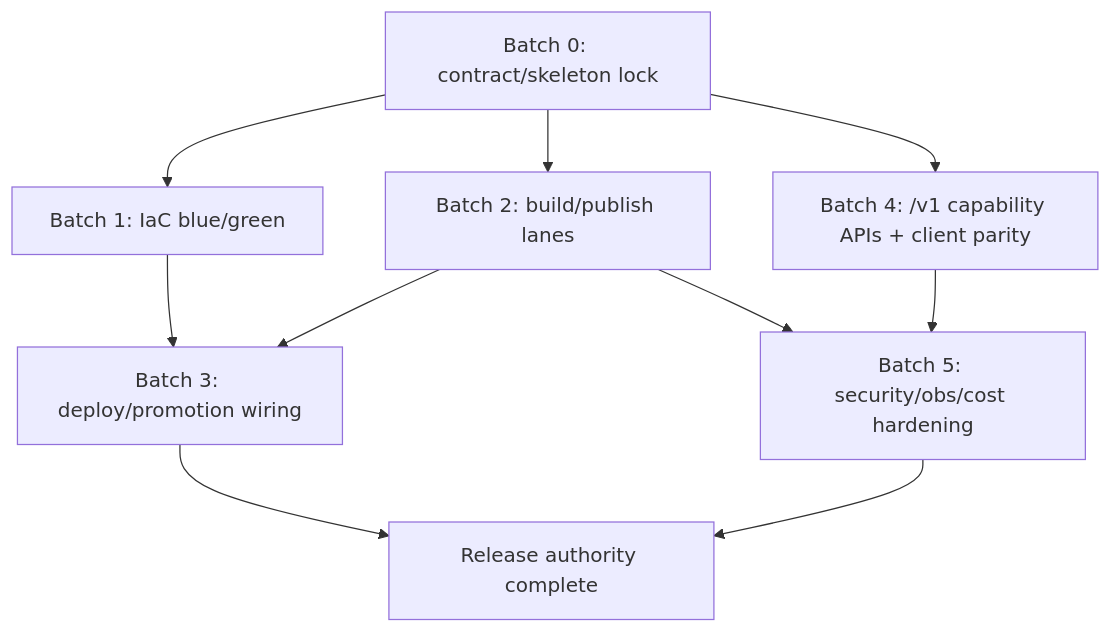
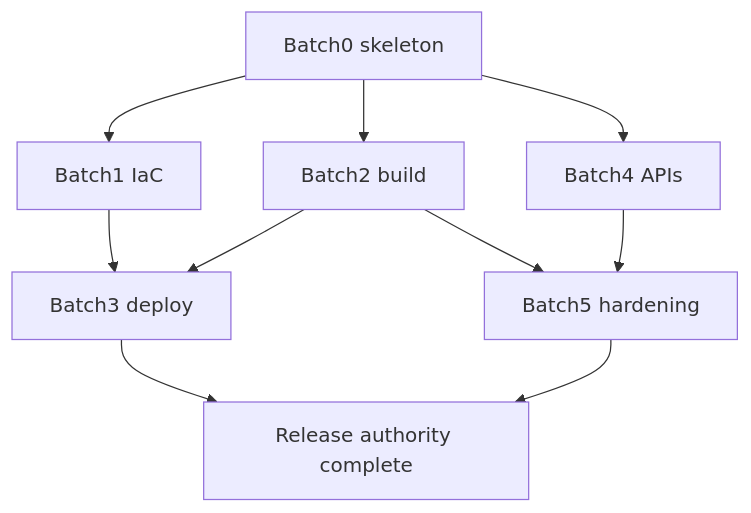
One commit to BjornMelin/nova changed the diagram in docs/history/2026-03-v1-hard-cut/planning/2026-03-01-adr0015-spec0015-implementation-blueprint.md. Above: the diagram before and after it, drawn with Mermaid. The commit also changed other lines of this file and 160 other files, not shown here.

````diff
--- a/docs/history/2026-03-v1-hard-cut/planning/2026-03-01-adr0015-spec0015-implementation-blueprint.md
+++ b/docs/history/2026-03-v1-hard-cut/planning/2026-03-01-adr0015-spec0015-implementation-blueprint.md
@@ -153,12 +76,12 @@
 ```mermaid
 graph TD
-  B0[Batch 0: contract/skeleton lock] --> B1[Batch 1: IaC blue/green]
-  B0 --> B2[Batch 2: build/publish lanes]
-  B1 --> B3[Batch 3: deploy/promotion wiring]
+  B0[Batch0 skeleton] --> B1[Batch1 IaC]
+  B0 --> B2[Batch2 build]
+  B1 --> B3[Batch3 deploy]
   B2 --> B3
-  B0 --> B4[Batch 4: /v1 capability APIs + client parity]
-  B2 --> B5[Batch 5: security/obs/cost hardening]
+  B0 --> B4[Batch4 APIs]
+  B2 --> B5[Batch5 hardening]
   B4 --> B5
   B3 --> DONE[Release authority complete]
   B5 --> DONE
 ```
````
